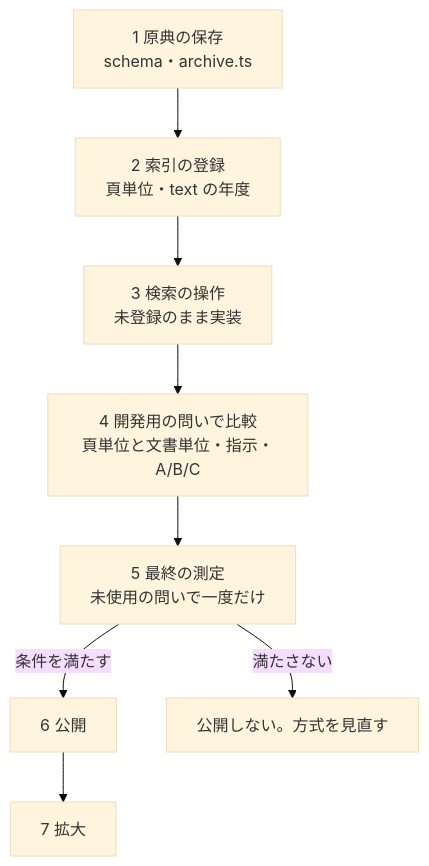
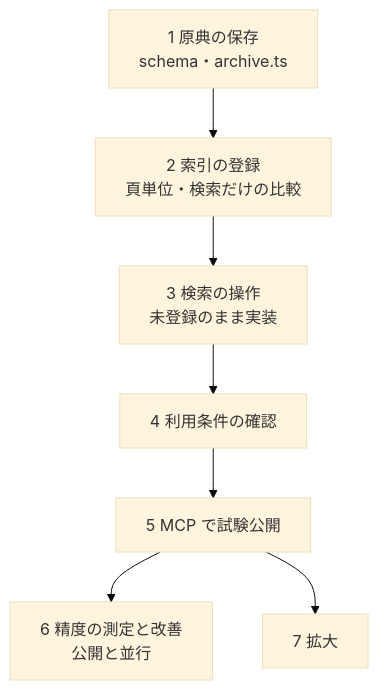
The second of 2 diagrams in docs/prd/evaluation-search/dd.md (fudoki-hensansitu/fudoki), drawn with Mermaid (base theme) before and after one commit. The commit also changed other lines of this file and 1 other file, not shown here.

````diff
--- a/docs/prd/evaluation-search/dd.md
+++ b/docs/prd/evaluation-search/dd.md
@@ -331,10 +329,9 @@
 ```mermaid
 flowchart TD
-  s1["1 原典の保存<br/>schema・archive.ts"] --> s2["2 索引の登録<br/>頁単位・text の年度"]
+  s1["1 原典の保存<br/>schema・archive.ts"] --> s2["2 索引の登録<br/>頁単位・検索だけの比較"]
   s2 --> s3["3 検索の操作<br/>未登録のまま実装"]
-  s3 --> s4["4 開発用の問いで比較<br/>頁単位と文書単位・指示・A/B/C"]
-  s4 --> s5["5 最終の測定<br/>未使用の問いで一度だけ"]
-  s5 -->|"条件を満たす"| s6["6 公開"]
-  s5 -->|"満たさない"| stop["公開しない。方式を見直す"]
-  s6 --> s7["7 拡大"]
+  s3 --> s4["4 利用条件の確認"]
+  s4 --> s5["5 MCP で試験公開"]
+  s5 --> s6["6 精度の測定と改善<br/>公開と並行"]
+  s5 --> s7["7 拡大"]
 ```
````
